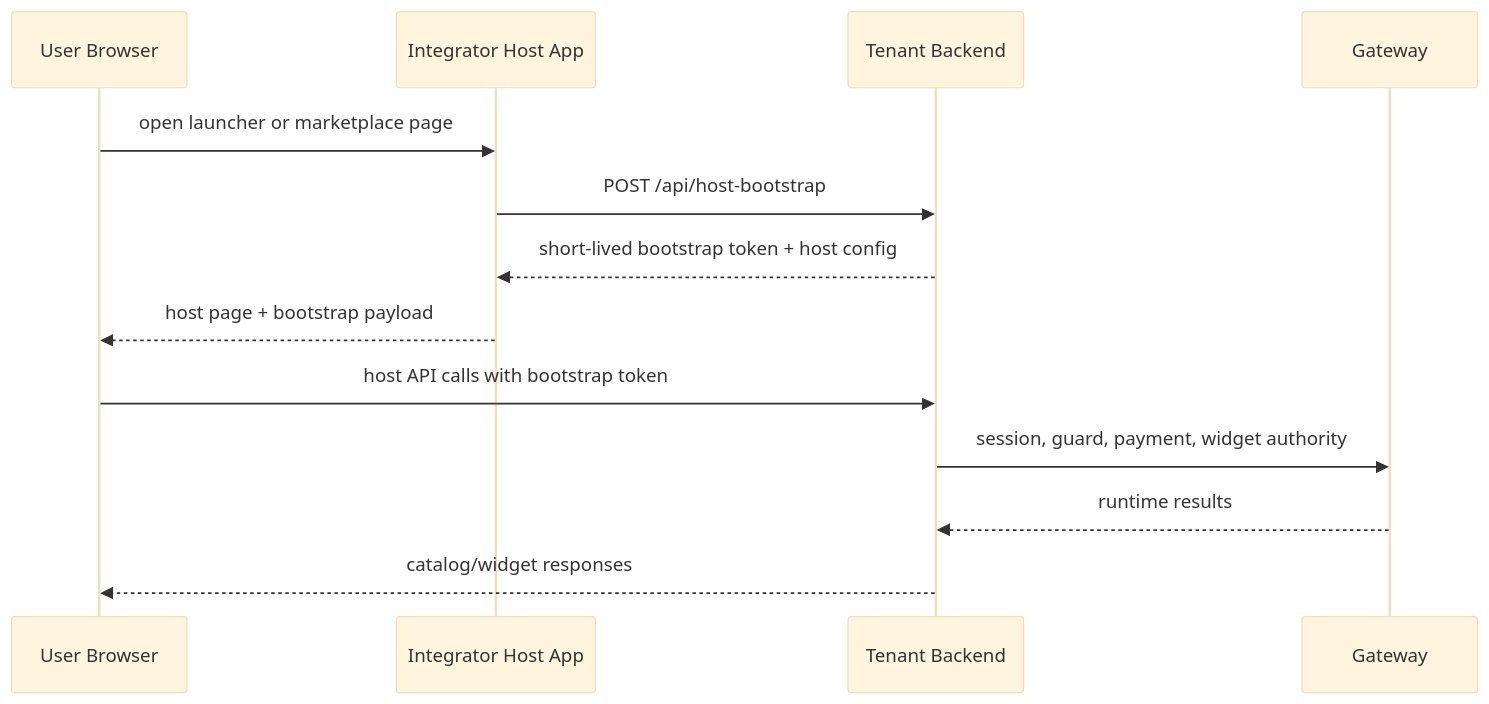
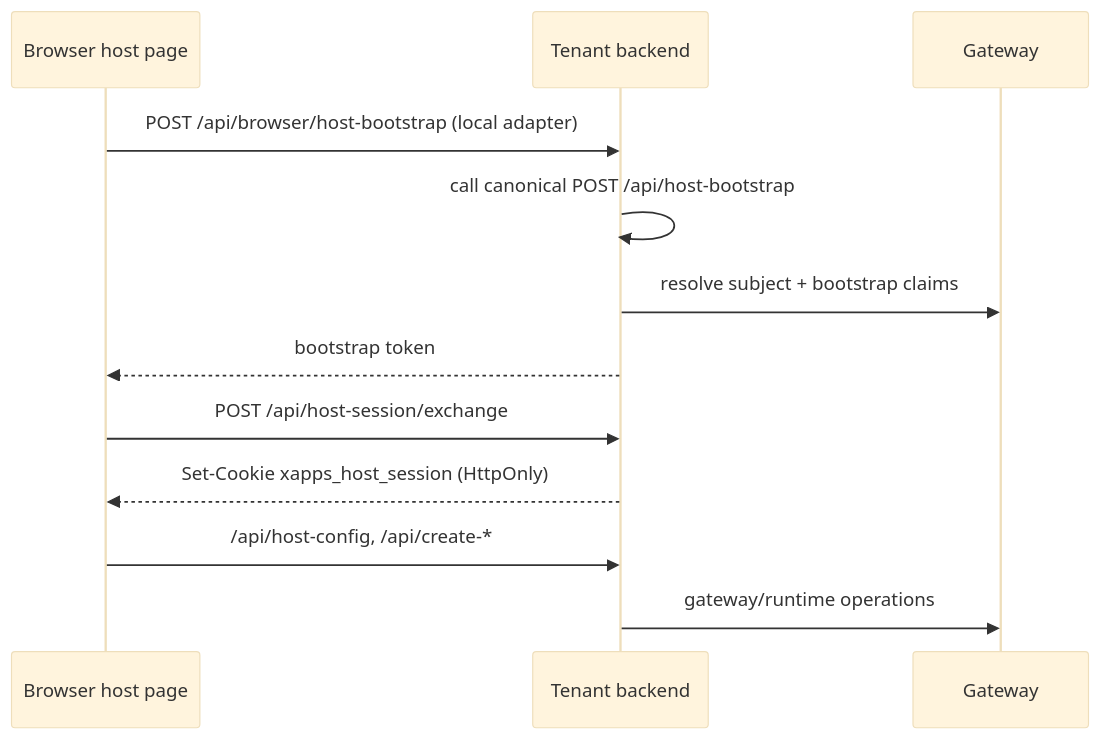
One commit to 0x730/xapps-examples changed the diagram in apps/tenants/docs/host/README.md. Above: the diagram before and after it, drawn with Mermaid (base theme). The commit also changed other lines of this file and 88 other files, not shown here.

````diff
--- a/apps/tenants/docs/host/README.md
+++ b/apps/tenants/docs/host/README.md
@@ -138,16 +71,15 @@
 ```mermaid
 sequenceDiagram
-  participant U as User Browser
-  participant H as Integrator Host App
-  participant T as Tenant Backend
+  participant B as Browser host page
+  participant T as Tenant backend
   participant G as Gateway
 
-  U->>H: open launcher or marketplace page
-  H->>T: POST /api/host-bootstrap
-  T-->>H: short-lived bootstrap token + host config
-  H-->>U: host page + bootstrap payload
-  U->>T: host API calls with bootstrap token
-  T->>G: session, guard, payment, widget authority
-  G-->>T: runtime results
-  T-->>U: catalog/widget responses
+  B->>T: POST /api/browser/host-bootstrap (local adapter)
+  T->>T: call canonical POST /api/host-bootstrap
+  T->>G: resolve subject + bootstrap claims
+  T-->>B: bootstrap token
+  B->>T: POST /api/host-session/exchange
+  T-->>B: Set-Cookie xapps_host_session (HttpOnly)
+  B->>T: /api/host-config, /api/create-*
+  T->>G: gateway/runtime operations
 ```
````
